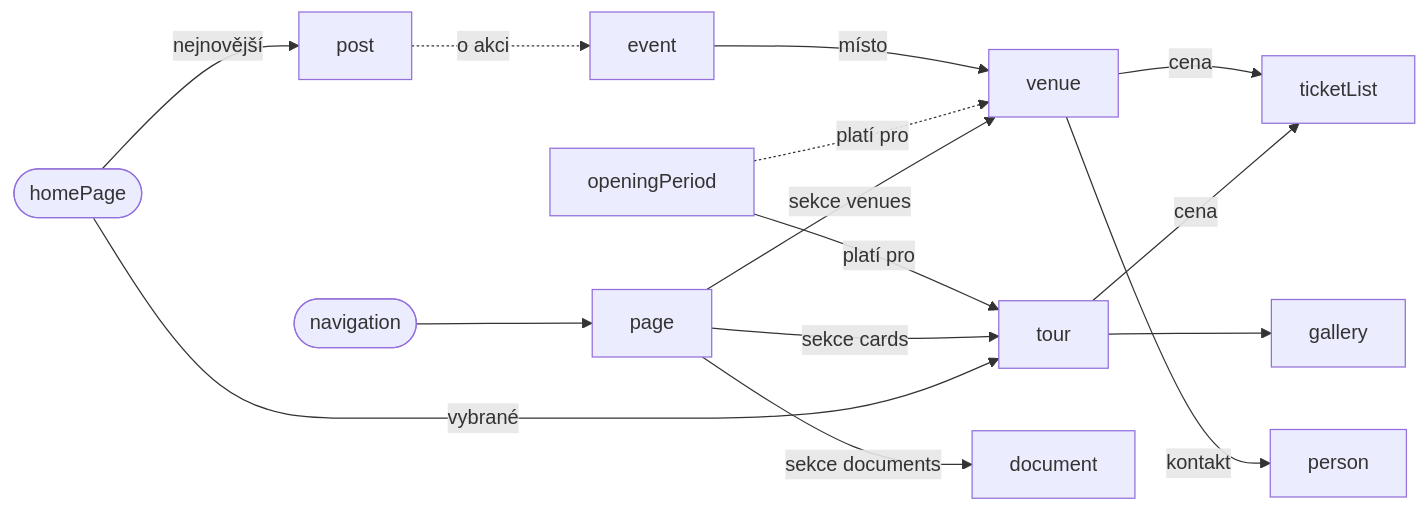
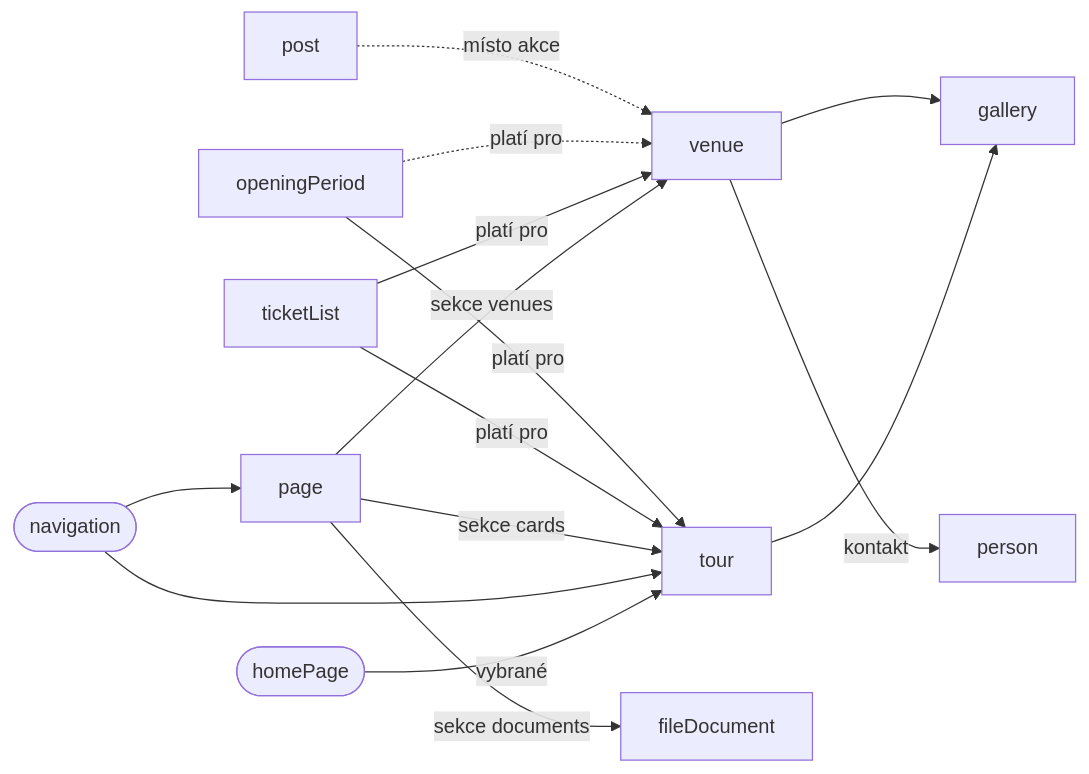
The diagram in docs/02-sanity-model.md (Cardajir/zamek-rosice), drawn with Mermaid before and after one commit. The commit also changed other lines of this file and 180 other files, not shown here.

````diff
--- a/docs/02-sanity-model.md
+++ b/docs/02-sanity-model.md
@@ -53,29 +87,28 @@
 ```mermaid
 flowchart LR
   home([homePage])
   nav([navigation])
   page[page]
+  post[post]
   tour[tour]
   venue[venue]
   price[ticketList]
   hours[openingPeriod]
   gal[gallery]
   person[person]
-  post[post]
-  event[event]
-  doc[document]
+  doc[fileDocument]
   home -- vybrané --> tour
-  home -- nejnovější --> post
   nav --> page
+  nav --> tour
   page -- sekce cards --> tour
   page -- sekce venues --> venue
   page -- sekce documents --> doc
-  tour -- cena --> price
-  venue -- cena --> price
+  price -- platí pro --> tour
+  price -- platí pro --> venue
   hours -- platí pro --> tour
   hours -. platí pro .-> venue
   tour --> gal
+  venue --> gal
   venue -- kontakt --> person
-  event -- místo --> venue
-  post -. o akci .-> event
+  post -. místo akce .-> venue
 ```
````
